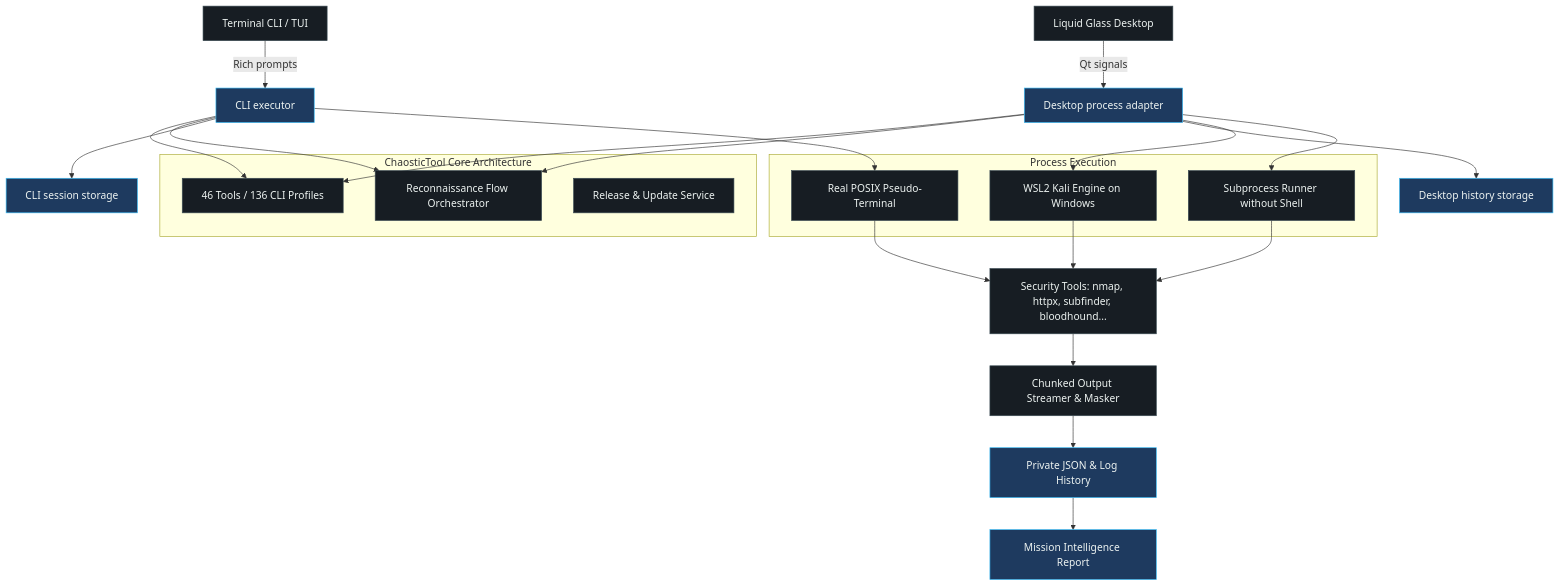
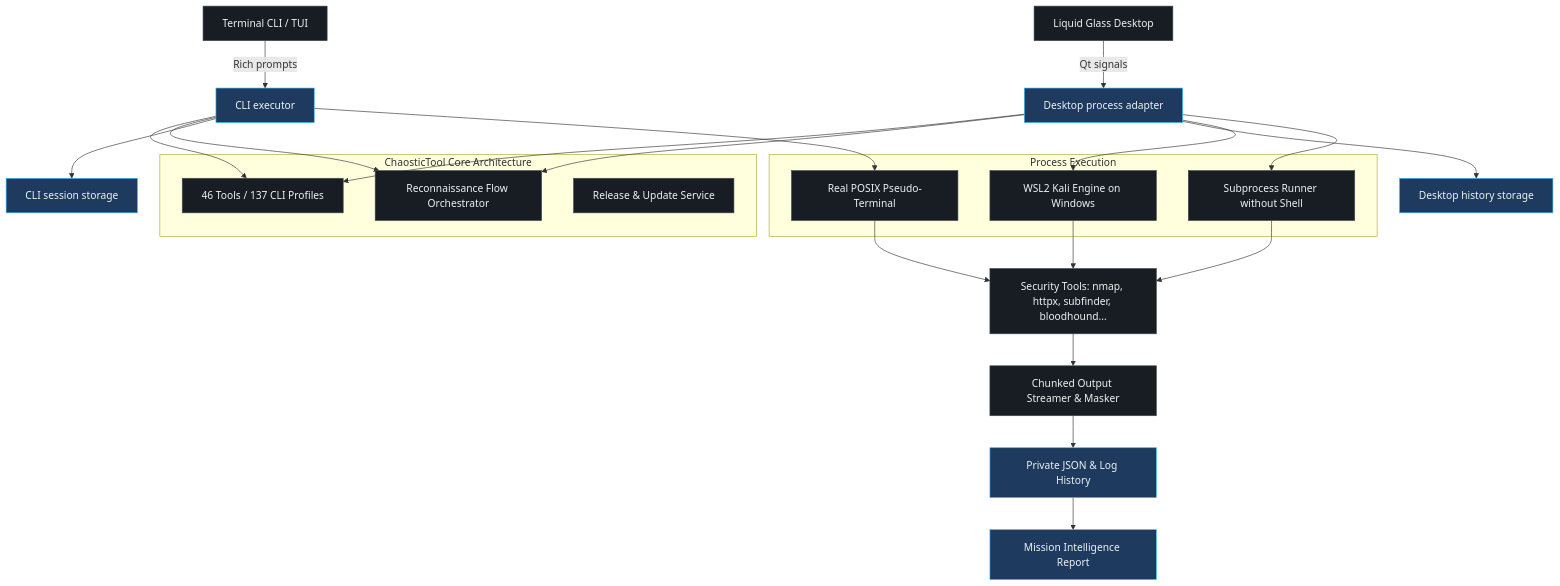
One commit to Chaos-Tic/Chaostic-Tool changed the diagram in docs/ARCHITECTURE.md. Above: the diagram before and after it, drawn with Mermaid. The commit also changed other lines of this file and 3 other files, not shown here.

First line of the commit message:
docs: correct catalogue counts to 46 tools, 137 CLI profiles, 50 entries

````diff
--- a/docs/ARCHITECTURE.md
+++ b/docs/ARCHITECTURE.md
@@ -11,41 +11,41 @@
 ```mermaid
 flowchart TD
     UserCLI[Terminal CLI / TUI] -->|Rich prompts| CliExecutor[CLI executor]
     UserGUI[Liquid Glass Desktop] -->|Qt signals| DesktopRunner[Desktop process adapter]
     
     subgraph Core[ChaosticTool Core Architecture]
-        CoreProfiles[46 Tools / 136 CLI Profiles]
+        CoreProfiles[46 Tools / 137 CLI Profiles]
         CoreFlows[Reconnaissance Flow Orchestrator]
         CoreUpdate[Release & Update Service]
     end
     
     CliExecutor --> CoreProfiles
     CliExecutor --> CoreFlows
     DesktopRunner --> CoreProfiles
     DesktopRunner --> CoreFlows
     CliExecutor --> CliStorage[CLI session storage]
     DesktopRunner --> DesktopStorage[Desktop history storage]
     
     subgraph Execution[Process Execution]
         PTY[Real POSIX Pseudo-Terminal]
         WSL[WSL2 Kali Engine on Windows]
         Direct[Subprocess Runner without Shell]
     end
     
     CliExecutor --> PTY
     DesktopRunner --> WSL
     DesktopRunner --> Direct
     
     PTY --> Tool[Security Tools: nmap, httpx, subfinder, bloodhound...]
     WSL --> Tool
     Direct --> Tool
     
     Tool --> Stream[Chunked Output Streamer & Masker]
     Stream --> Storage[Private JSON & Log History]
     Storage --> Report[Mission Intelligence Report]
 
     classDef base fill:#171d23,stroke:#3b4c54,color:#edf3f1
     classDef accent fill:#1e3a5f,stroke:#38bdf8,color:#edf3f1
     class UserCLI,UserGUI,CoreProfiles,CoreFlows,CoreUpdate,PTY,WSL,Direct,Tool,Stream base
     class CliExecutor,DesktopRunner,CliStorage,DesktopStorage,Storage,Report accent
 ```
````
